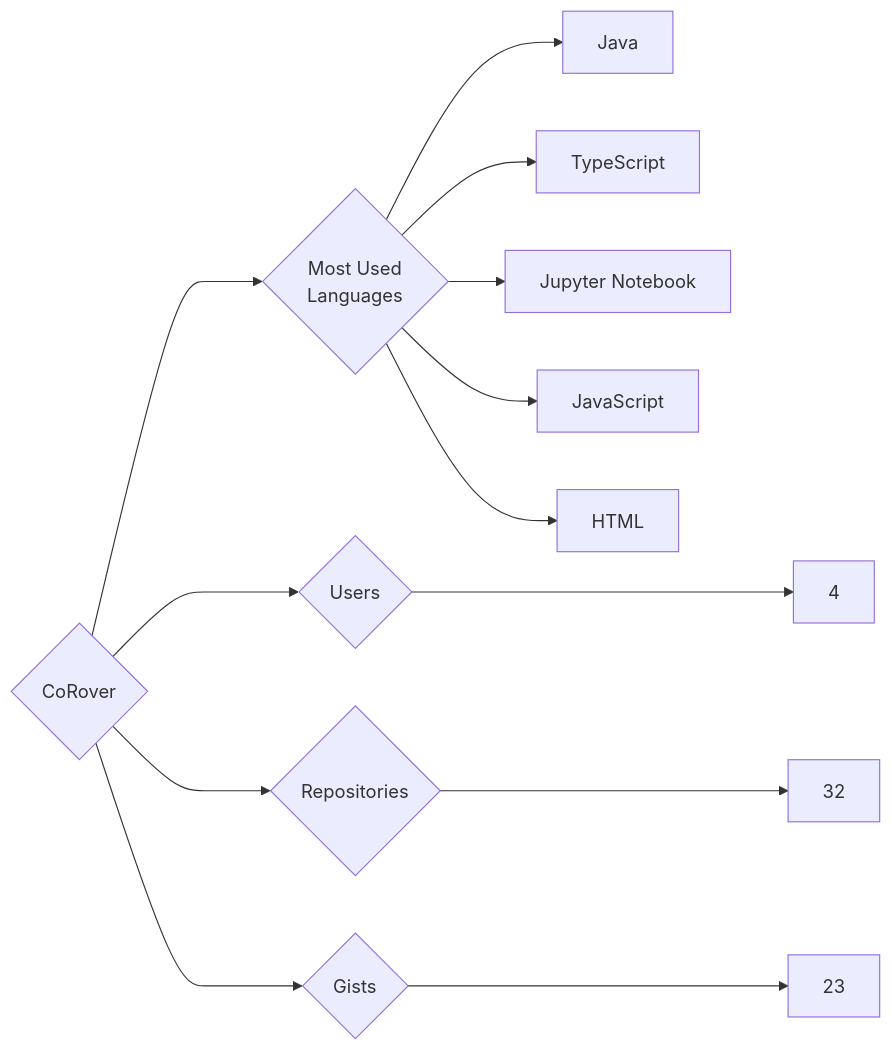
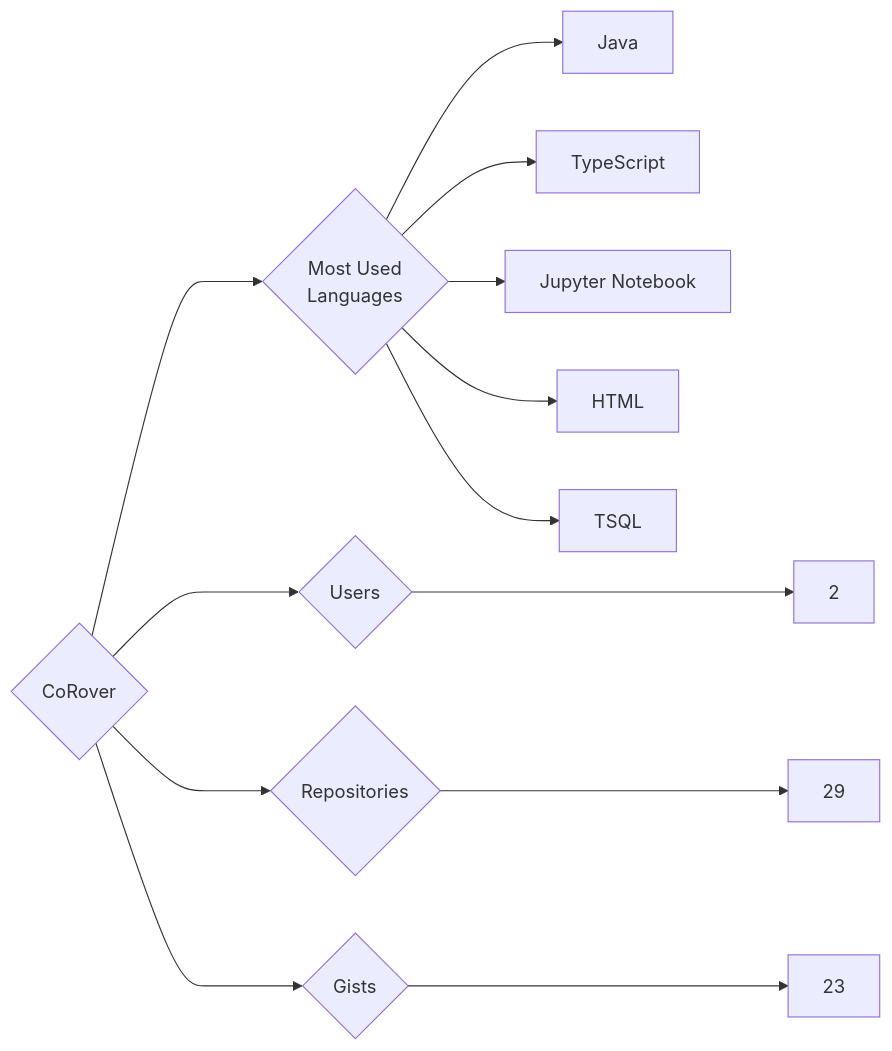
Before and after one commit to trickest/insiders: the diagram in targets/CoRover/README.md, drawn with Mermaid. The commit also changed 594 other files, not shown here.

````diff
--- a/targets/CoRover/README.md
+++ b/targets/CoRover/README.md
@@ -3,13 +3,13 @@
 ```mermaid
 graph LR
 COMPANY_NAME{CoRover}
-COMPANY_NAME ---> U{Users} ---> UN[4]
-COMPANY_NAME ---> R{Repositories} ---> RN[32]
+COMPANY_NAME ---> U{Users} ---> UN[2]
+COMPANY_NAME ---> R{Repositories} ---> RN[29]
 COMPANY_NAME ---> G{Gists} ---> GN[23]
 COMPANY_NAME ---> ML{Most Used<br>Languages}
 ML --> Java[Java]
 ML --> TypeScript[TypeScript]
 ML --> Jupyter_Notebook[Jupyter Notebook]
-ML --> JavaScript[JavaScript]
 ML --> HTML[HTML]
+ML --> TSQL[TSQL]
 ```
````
